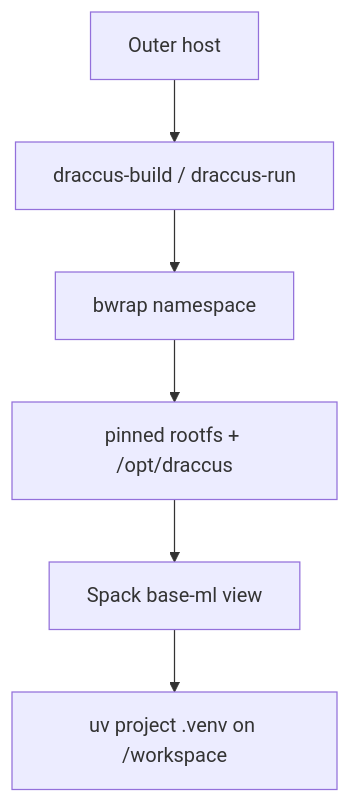
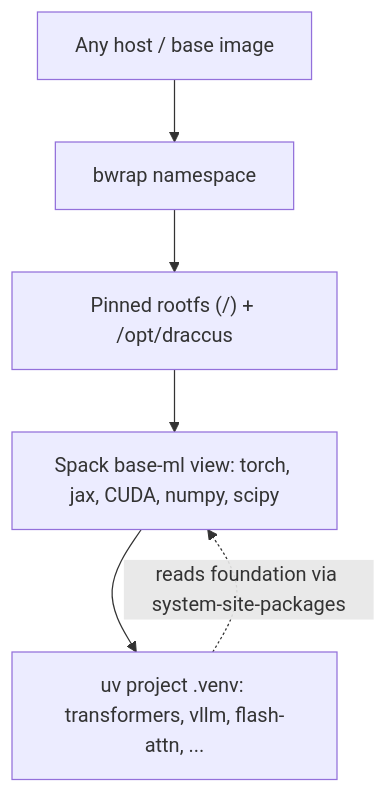
The diagram in README.md (phi9t/draccus), drawn with Mermaid before and after one commit. The commit also changed other lines of this file and 8 other files, not shown here.

````diff
--- a/README.md
+++ b/README.md
@@ -17,8 +91,8 @@
 ```mermaid
 flowchart TD
-    A[Outer host] --> B[draccus-build / draccus-run]
-    B --> C[bwrap namespace]
-    C --> D[pinned rootfs + /opt/draccus]
-    D --> E[Spack base-ml view]
-    E --> F[uv project .venv on /workspace]
+    Host[Any host / base image] --> Bwrap[bwrap namespace]
+    Bwrap --> Rootfs["Pinned rootfs (/) + /opt/draccus"]
+    Rootfs --> Spack["Spack base-ml view: torch, jax, CUDA, numpy, scipy"]
+    Spack --> UV["uv project .venv: transformers, vllm, flash-attn, ..."]
+    UV -.->|"reads foundation via system-site-packages"| Spack
 ```
````
